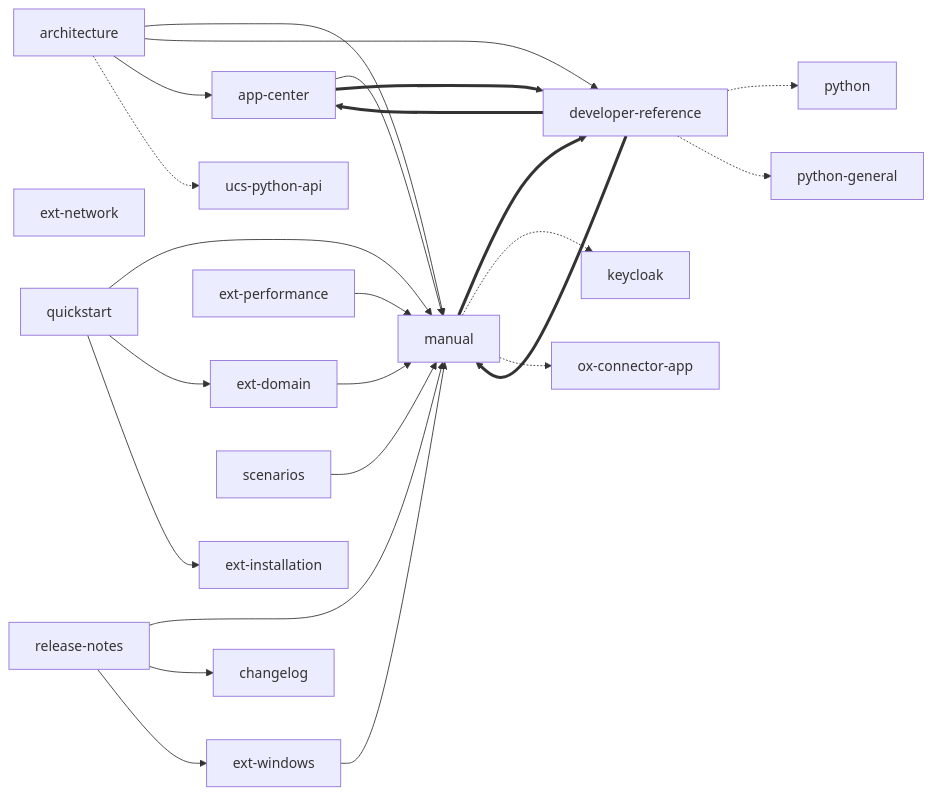
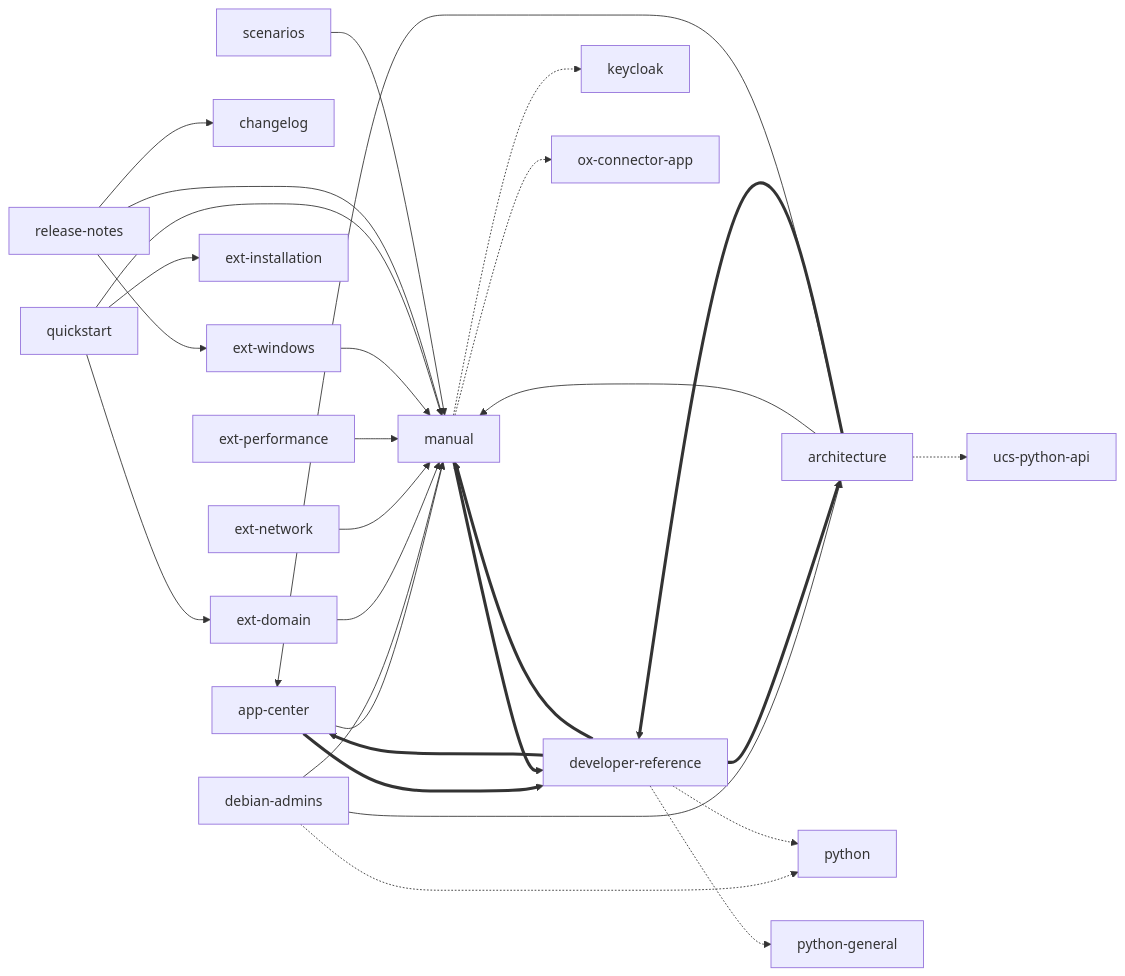
The diagram in doc/README.md (univention/univention-corporate-server), drawn with Mermaid before and after one commit. The commit also changed other lines of this file and 1 other file, not shown here.

Commit message:
fix(doc): Add missing dependencies
univention/documentation/sphinx-docker#10
Bug #57121

````diff
--- a/doc/README.md
+++ b/doc/README.md
@@ -111,20 +111,23 @@
 ```mermaid
 flowchart LR
   app-center --> manual
   app-center ==> developer-reference
-  architecture --> manual & developer-reference & app-center
+  architecture --> manual & app-center
+  architecture ==> developer-reference
   architecture -.-> ucs-python-api
   changelog
-  developer-reference ==> app-center & manual
+  debian-admins --> manual & architecture
+  debian-admins -.-> python
+  developer-reference ==> app-center & architecture & manual
   developer-reference -.-> python & python-general
   ext-domain --> manual
   ext-installation
-  ext-network
+  ext-network --> manual
   ext-performance --> manual
   ext-windows --> manual
   manual ==> developer-reference
   manual -.-> keycloak & ox-connector-app
   quickstart --> manual & ext-domain & ext-installation
   release-notes --> manual & changelog & ext-windows
   scenarios --> manual
 ```
````
